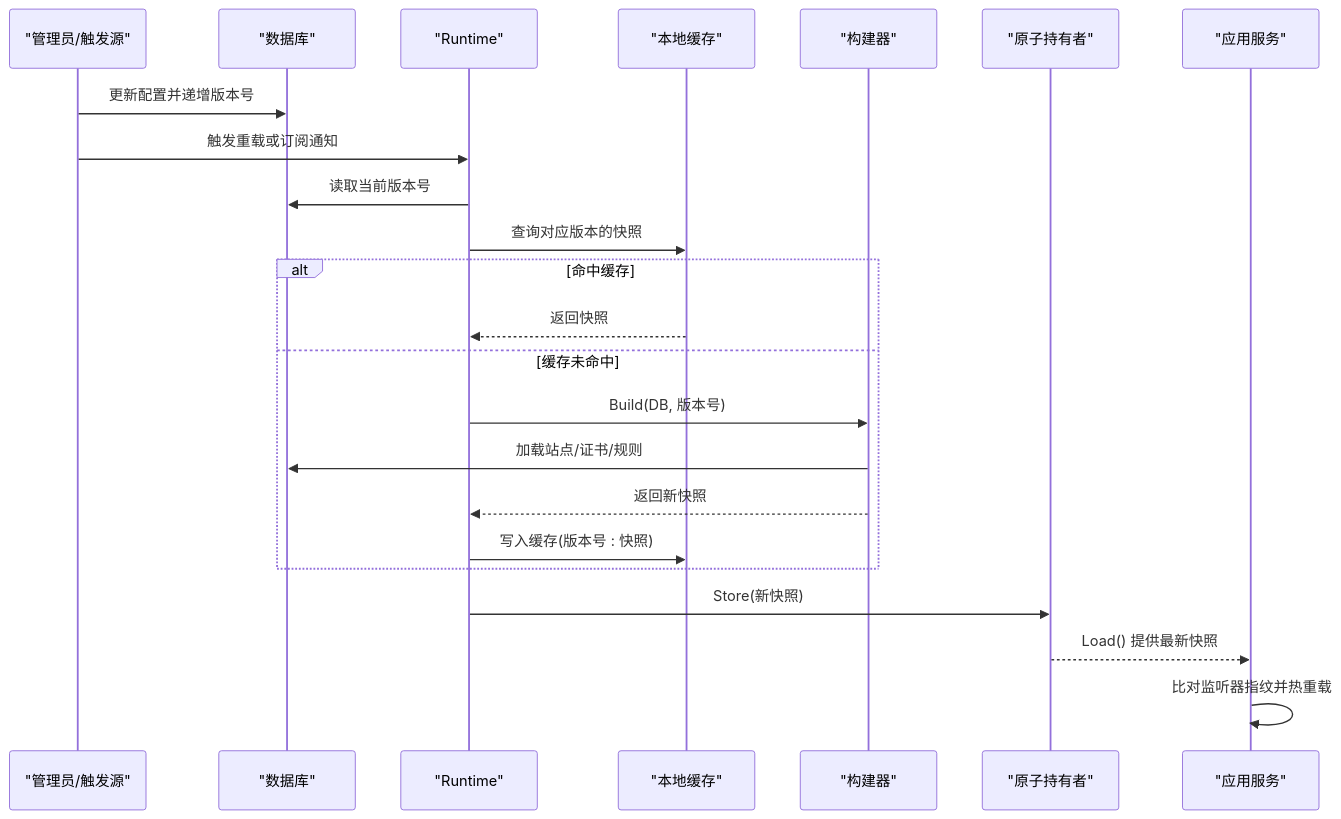
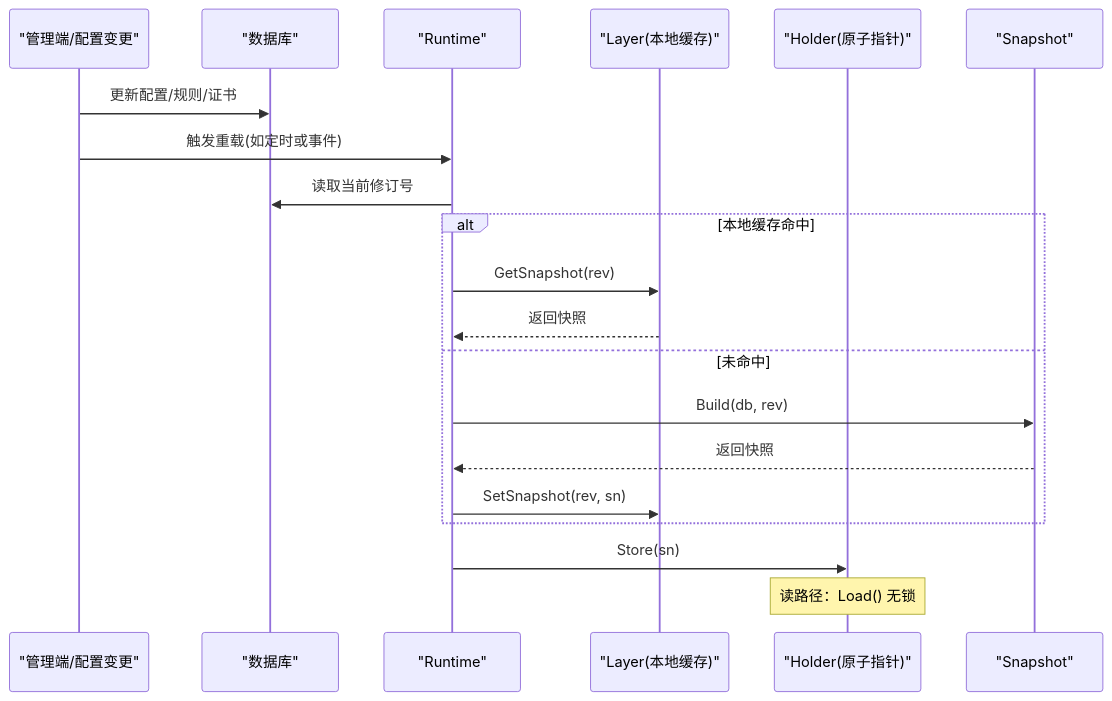
One commit to x01n/My-OpenWaf changed the second of 8 diagrams in docs/配置管理系统/配置快照机制.md. Above: the diagram before and after it, drawn with Mermaid. The commit also changed other lines of this file and 199 other files, not shown here.

````diff
--- a/docs/配置管理系统/配置快照机制.md
+++ b/docs/配置管理系统/配置快照机制.md
@@ -110,25 +109,22 @@
 ```mermaid
 sequenceDiagram
-participant Admin as "管理员/触发源"
+participant Admin as "管理端/配置变更"
 participant DB as "数据库"
 participant RT as "Runtime"
-participant LC as "本地缓存"
-participant SB as "构建器"
-participant HH as "原子持有者"
-participant APP as "应用服务"
-Admin->>DB : 更新配置并递增版本号
-Admin->>RT : 触发重载或订阅通知
-RT->>DB : 读取当前版本号
-RT->>LC : 查询对应版本的快照
-alt 命中缓存
+participant LC as "Layer(本地缓存)"
+participant SH as "Holder(原子指针)"
+participant SP as "Snapshot"
+Admin->>DB : 更新配置/规则/证书
+Admin->>RT : 触发重载(如定时或事件)
+RT->>DB : 读取当前修订号
+alt 本地缓存命中
+RT->>LC : GetSnapshot(rev)
 LC-->>RT : 返回快照
-else 缓存未命中
-RT->>SB : Build(DB, 版本号)
-SB->>DB : 加载站点/证书/规则
-SB-->>RT : 返回新快照
-RT->>LC : 写入缓存(版本号 : 快照)
+else 未命中
+RT->>SP : Build(db, rev)
+SP-->>RT : 返回快照
+RT->>LC : SetSnapshot(rev, sn)
 end
-RT->>HH : Store(新快照)
-HH-->>APP : Load() 提供最新快照
-APP->>APP : 比对监听器指纹并热重载
+RT->>SH : Store(sn)
+Note over SH : 读路径：Load() 无锁
 ```
````
